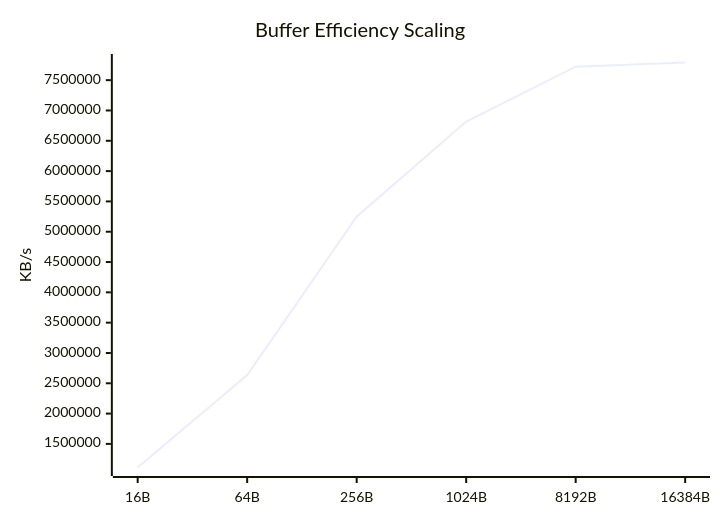
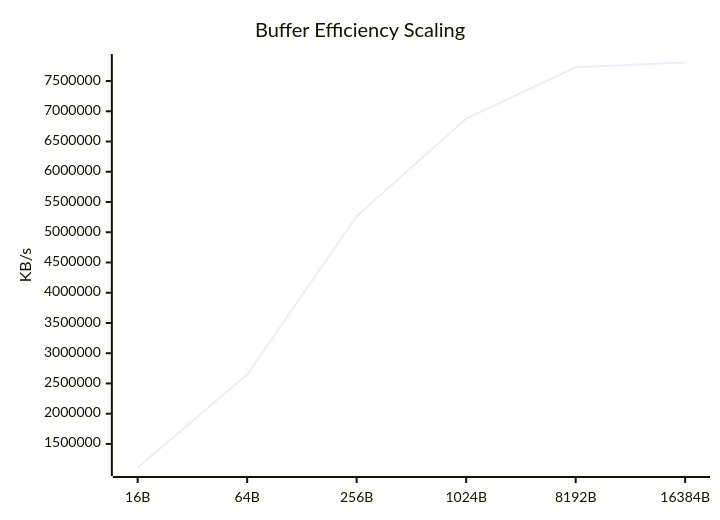
One commit to taha2samy/openssl_fips changed the eighth of 9 diagrams in docs/Comparison_Report.md. Above: the diagram before and after it, drawn with Mermaid. The commit also changed other lines of this file and 2 other files, not shown here.

````diff
--- a/docs/Comparison_Report.md
+++ b/docs/Comparison_Report.md
@@ -118,7 +118,7 @@
 ```mermaid
 xychart-beta
     title "Buffer Efficiency Scaling"
     x-axis [16B, 64B, 256B, 1024B, 8192B, 16384B]
     y-axis "KB/s"
-    line [1110837.89, 2634584.06, 5248132.74, 6816367.62, 7722467.33, 7791443.97]
+    line [1110463.7, 2647072.61, 5266440.19, 6877350.4, 7726399.49, 7806517.25]
 ```
````
